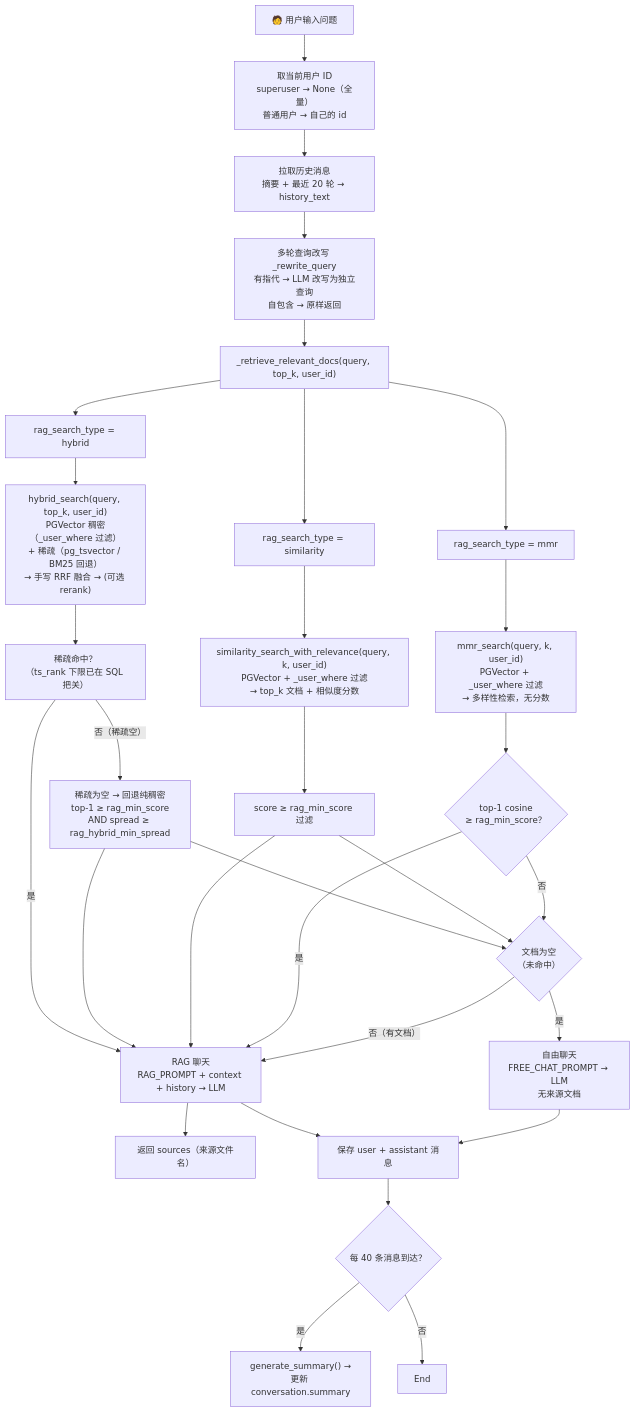
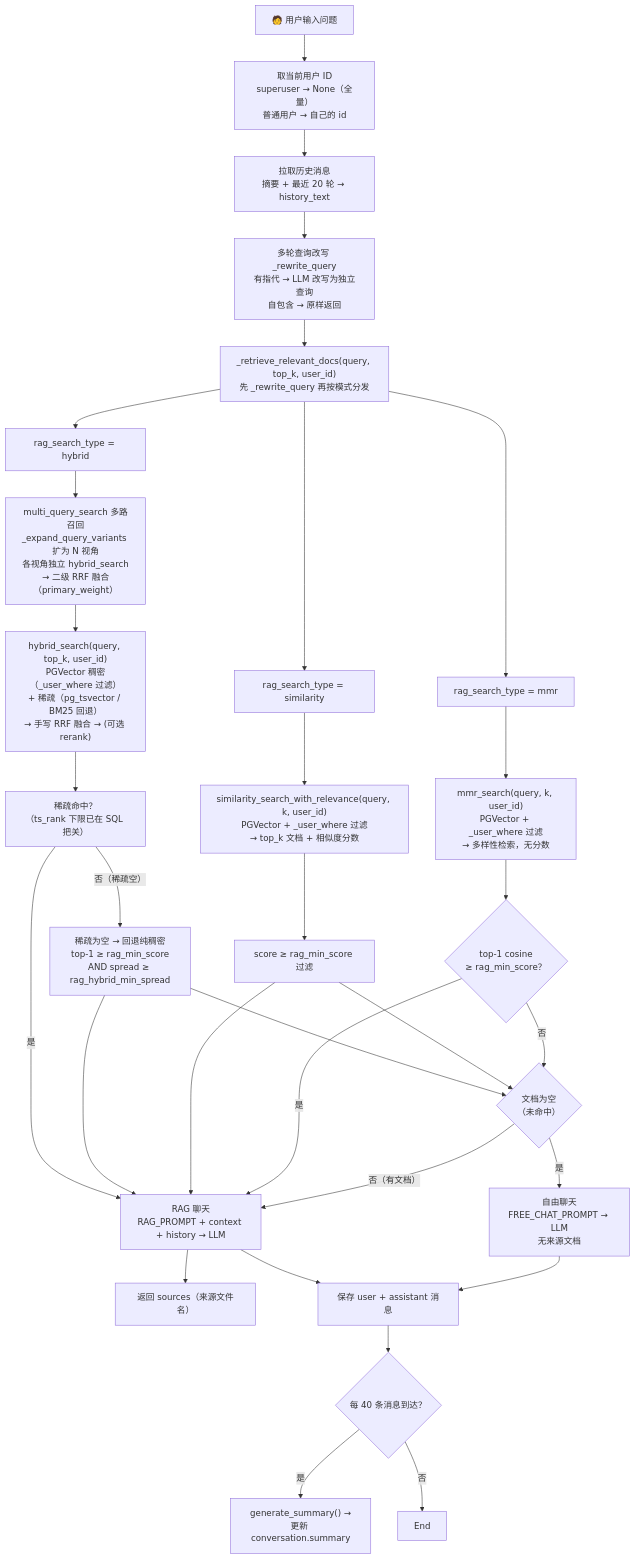
The third of 7 diagrams in docs/RAG.md (zqc1661586344/zz-demand-system), drawn with Mermaid before and after one commit. The commit also changed other lines of this file and 1 other file, not shown here.

````diff
--- a/docs/RAG.md
+++ b/docs/RAG.md
@@ -204,62 +204,64 @@
 ```mermaid
 flowchart TD
     Query["🧑 用户输入问题"]
     UserID["取当前用户 ID<br/>superuser → None（全量）<br/>普通用户 → 自己的 id"]
     History["拉取历史消息<br/>摘要 + 最近 20 轮 → history_text"]
     Rewrite["多轮查询改写 _rewrite_query<br/>有指代 → LLM 改写为独立查询<br/>自包含 → 原样返回"]
-    Retrieve["_retrieve_relevant_docs(query, top_k, user_id)"]
+    Retrieve["_retrieve_relevant_docs(query, top_k, user_id)<br/>先 _rewrite_query 再按模式分发"]
     Hybrid["rag_search_type = hybrid"]
     Sim["rag_search_type = similarity"]
     MMR["rag_search_type = mmr"]
 
+    MultiQ["multi_query_search 多路召回<br/>_expand_query_variants 扩为 N 视角<br/>各视角独立 hybrid_search<br/>→ 二级 RRF 融合（primary_weight）"]
     HybridSearch["hybrid_search(query, top_k, user_id)<br/>PGVector 稠密（_user_where 过滤）<br/>+ 稀疏（pg_tsvector / BM25 回退）<br/>→ 手写 RRF 融合 → (可选 rerank)"]
     SparseHit["稀疏命中？<br/>（ts_rank 下限已在 SQL 把关）"]
     DenseOnly["稀疏为空 → 回退纯稠密<br/>top-1 ≥ rag_min_score<br/>AND spread ≥ rag_hybrid_min_spread"]
     SimSearch["similarity_search_with_relevance(query, k, user_id)<br/>PGVector + _user_where 过滤<br/>→ top_k 文档 + 相似度分数"]
     SimFilter["score ≥ rag_min_score 过滤"]
     MMRSearch["mmr_search(query, k, user_id)<br/>PGVector + _user_where 过滤<br/>→ 多样性检索，无分数"]
     MMRScoreCheck{"top-1 cosine<br/>≥ rag_min_score？"}
     Empty{"文档为空<br/>（未命中）"}
     FreeChat["自由聊天<br/>FREE_CHAT_PROMPT → LLM<br/>无来源文档"]
     RAGChat["RAG 聊天<br/>RAG_PROMPT + context + history → LLM"]
     Sources["返回 sources（来源文件名）"]
     SaveMsg["保存 user + assistant 消息"]
     Summary{"每 40 条消息到达？"}
     GenSummary["generate_summary() →<br/>更新 conversation.summary"]
 
     Query --> UserID
     UserID --> History
     History --> Rewrite
     Rewrite --> Retrieve
 
     Retrieve --> Hybrid
     Retrieve --> Sim
     Retrieve --> MMR
 
-    Hybrid --> HybridSearch
+    Hybrid --> MultiQ
+    MultiQ --> HybridSearch
     HybridSearch --> SparseHit
     SparseHit -- "是" --> RAGChat
     SparseHit -- "否（稀疏空）" --> DenseOnly
     DenseOnly --> Empty
     DenseOnly --> RAGChat
 
     Sim --> SimSearch
     SimSearch --> SimFilter
     SimFilter --> Empty
     SimFilter --> RAGChat
 
     MMR --> MMRSearch
     MMRSearch --> MMRScoreCheck
     MMRScoreCheck -- "是" --> RAGChat
     MMRScoreCheck -- "否" --> Empty
 
     Empty -- "是" --> FreeChat
     Empty -- "否（有文档）" --> RAGChat
 
     RAGChat --> Sources
     RAGChat --> SaveMsg
     FreeChat --> SaveMsg
     SaveMsg --> Summary
     Summary -- "是" --> GenSummary
     Summary -- "否" --> End
 ```
````
